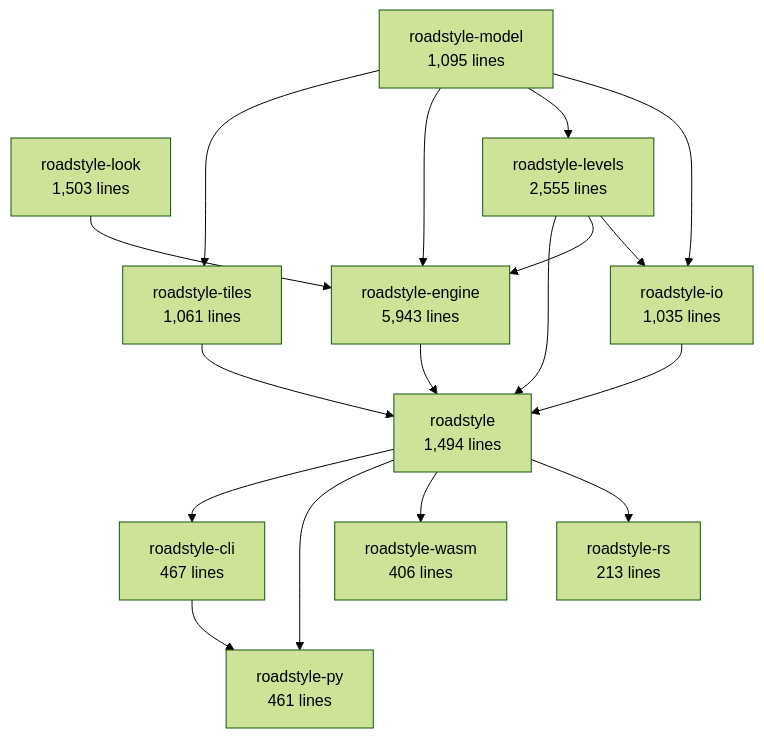
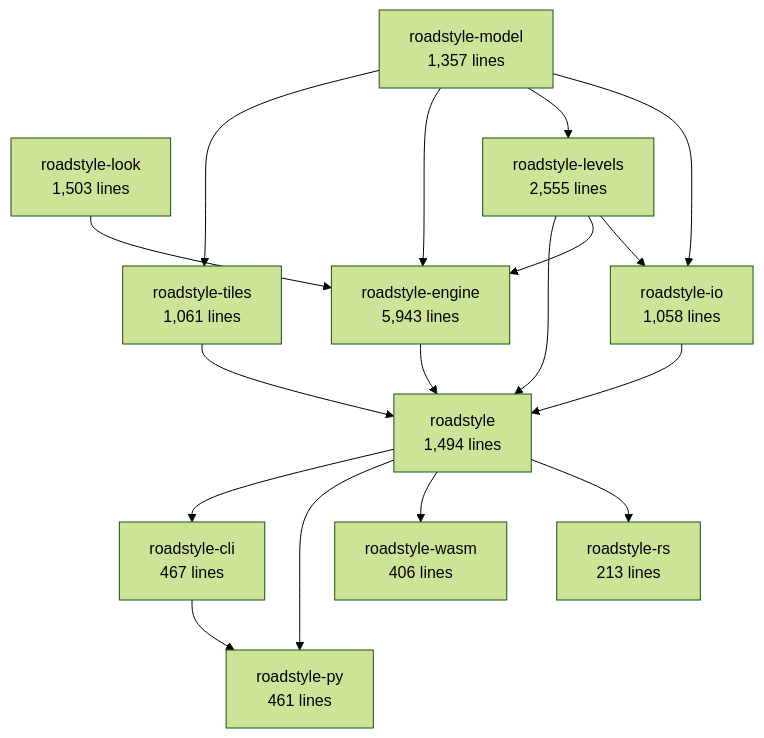
Before and after one commit to Khoshkhah/roadstyle: the second of 6 diagrams in docs/rust/architecture.md, drawn with Mermaid (forest theme). The commit also changed other lines of this file and 4 other files, not shown here.

````diff
--- a/docs/rust/architecture.md
+++ b/docs/rust/architecture.md
@@ -69,30 +69,30 @@
 ```mermaid
 flowchart TB
-    roadstyle_model["roadstyle-model<br/>1,095 lines"]
+    roadstyle_model["roadstyle-model<br/>1,357 lines"]
     roadstyle_look["roadstyle-look<br/>1,503 lines"]
-    roadstyle_io["roadstyle-io<br/>1,035 lines"]
+    roadstyle_io["roadstyle-io<br/>1,058 lines"]
     roadstyle_levels["roadstyle-levels<br/>2,555 lines"]
     roadstyle_engine["roadstyle-engine<br/>5,943 lines"]
     roadstyle_tiles["roadstyle-tiles<br/>1,061 lines"]
     roadstyle["roadstyle<br/>1,494 lines"]
     roadstyle_rs["roadstyle-rs<br/>213 lines"]
     roadstyle_wasm["roadstyle-wasm<br/>406 lines"]
     roadstyle_py["roadstyle-py<br/>461 lines"]
     roadstyle_cli["roadstyle-cli<br/>467 lines"]
     roadstyle_levels --> roadstyle_io
     roadstyle_model --> roadstyle_io
     roadstyle_model --> roadstyle_levels
     roadstyle_levels --> roadstyle_engine
     roadstyle_look --> roadstyle_engine
     roadstyle_model --> roadstyle_engine
     roadstyle_model --> roadstyle_tiles
     roadstyle_engine --> roadstyle
     roadstyle_io --> roadstyle
     roadstyle_levels --> roadstyle
     roadstyle_tiles --> roadstyle
     roadstyle --> roadstyle_rs
     roadstyle --> roadstyle_wasm
     roadstyle --> roadstyle_py
     roadstyle_cli --> roadstyle_py
     roadstyle --> roadstyle_cli
 ```
````
